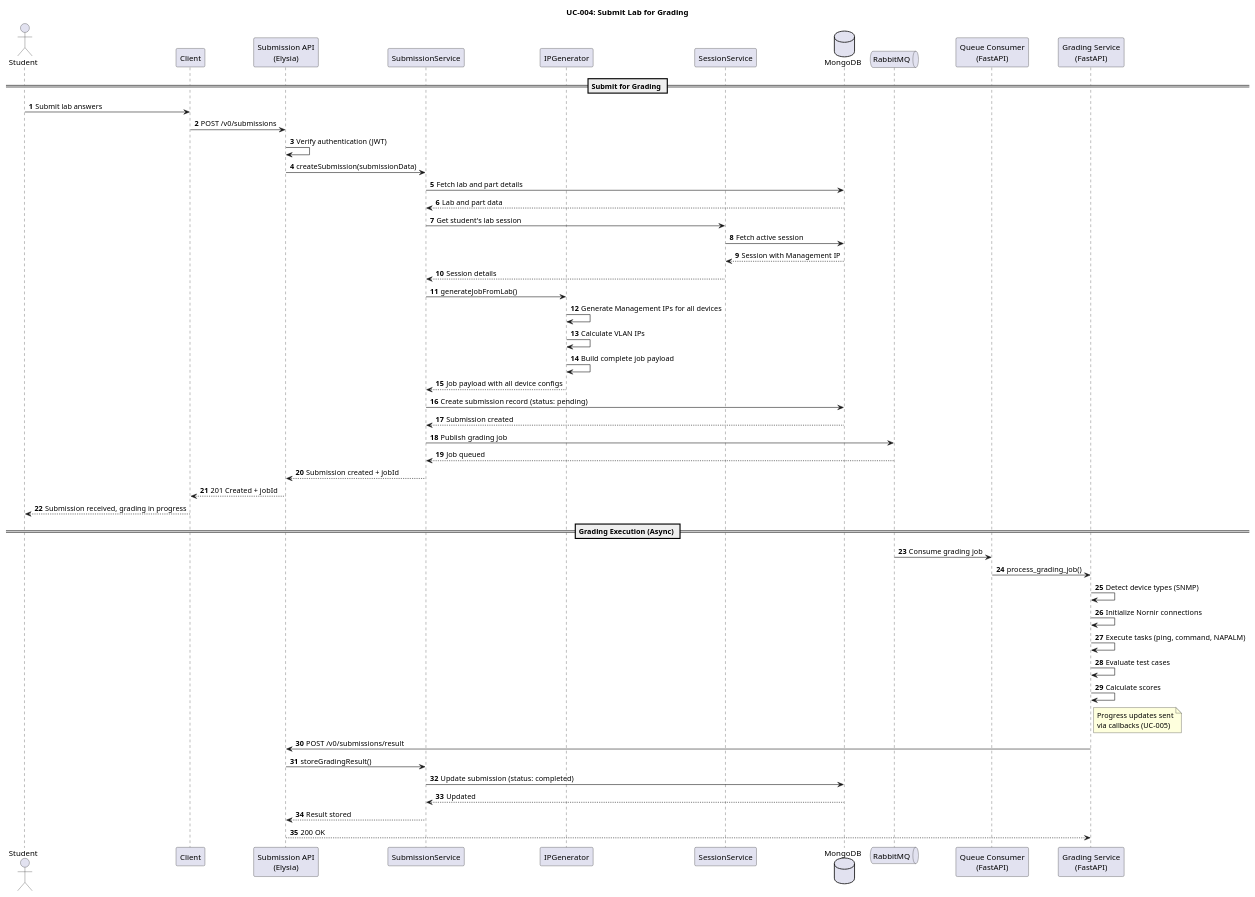
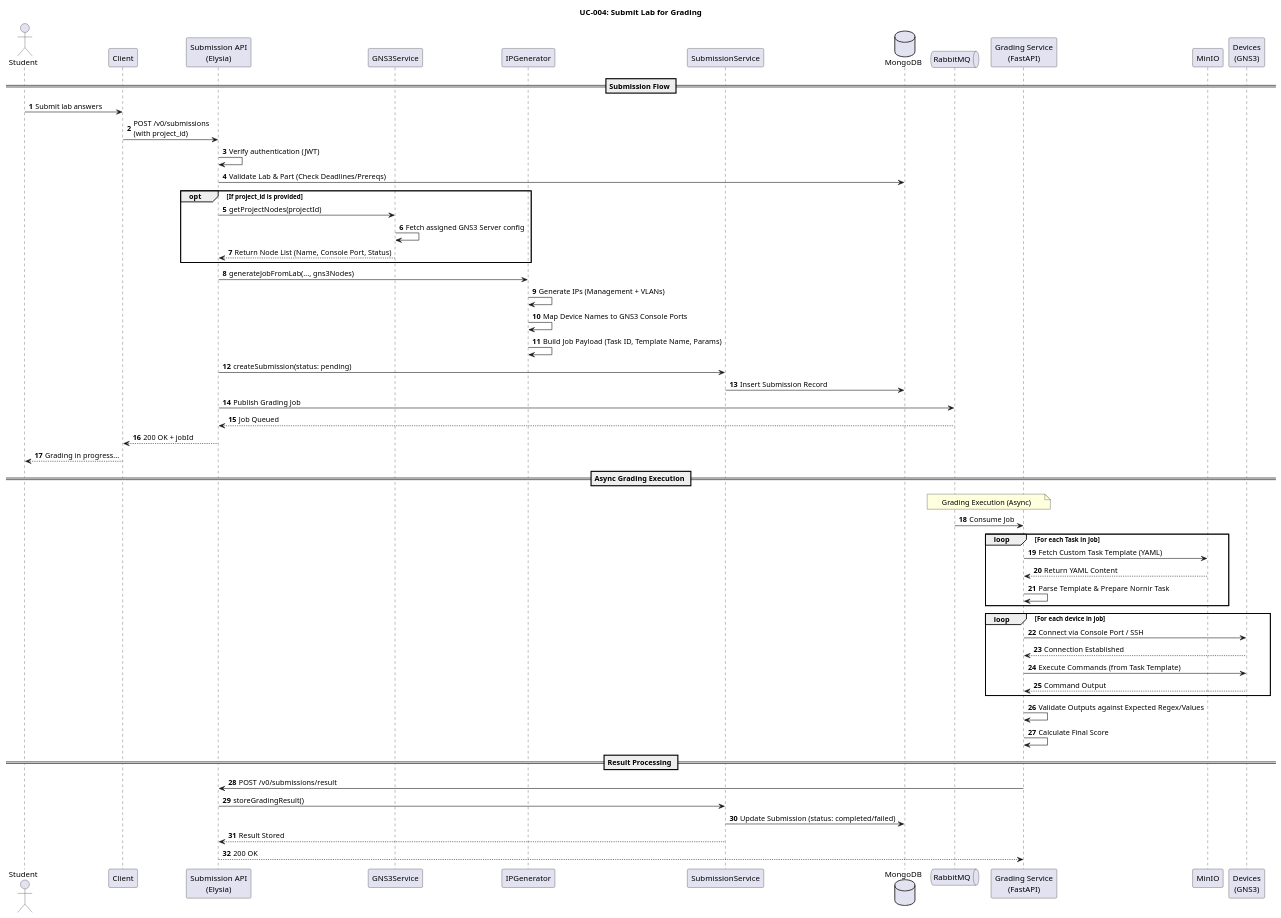
Before and after one commit to ITKMITL-NetworkGrader/netgrader-backend-elysia: the diagram in docs/sequence-diagrams/UC-004-Submit-Lab-Grading.puml, drawn with PlantUML. The commit also changed 2 other files, not shown here.

Commit message:
update sequence diagrams.

```diff
--- a/docs/sequence-diagrams/UC-004-Submit-Lab-Grading.puml
+++ b/docs/sequence-diagrams/UC-004-Submit-Lab-Grading.puml
@@ -1,70 +1,75 @@
 @startuml UC-004: Submit Lab for Grading
 
 title UC-004: Submit Lab for Grading
 autonumber
 
 actor Student
 participant "Client" as Client
 participant "Submission API\n(Elysia)" as API
+participant "GNS3Service" as GNS3Service
+participant "IPGenerator" as IPGenerator
 participant "SubmissionService" as SubmissionService
-participant "IPGenerator" as IPGenerator
-participant "SessionService" as SessionService
 database "MongoDB" as DB
-queue "RabbitMQ" as Queue
-participant "Queue Consumer\n(FastAPI)" as Consumer
+queue "RabbitMQ" as RMQ
 participant "Grading Service\n(FastAPI)" as Grader
+participant "MinIO" as MinIO
+participant "Devices\n(GNS3)" as Devices
 
-== Submit for Grading ==
+== Submission Flow ==
 Student -> Client: Submit lab answers
-Client -> API: POST /v0/submissions
+Client -> API: POST /v0/submissions\n(with project_id)
 
 API -> API: Verify authentication (JWT)
+API -> DB: Validate Lab & Part (Check Deadlines/Prereqs)
 
-API -> SubmissionService: createSubmission(submissionData)
+opt If project_id is provided
+    API -> GNS3Service: getProjectNodes(projectId)
+    GNS3Service -> GNS3Service: Fetch assigned GNS3 Server config
+    GNS3Service --> API: Return Node List (Name, Console Port, Status)
+end
 
-SubmissionService -> DB: Fetch lab and part details
-DB --> SubmissionService: Lab and part data
+API -> IPGenerator: generateJobFromLab(..., gns3Nodes)
 
-SubmissionService -> SessionService: Get student's lab session
-SessionService -> DB: Fetch active session
-DB --> SessionService: Session with Management IP
-SessionService --> SubmissionService: Session details
+IPGenerator -> IPGenerator: Generate IPs (Management + VLANs)
+IPGenerator -> IPGenerator: Map Device Names to GNS3 Console Ports
+IPGenerator -> IPGenerator: Build Job Payload (Task ID, Template Name, Params)
 
-SubmissionService -> IPGenerator: generateJobFromLab()
+API -> SubmissionService: createSubmission(status: pending)
+SubmissionService -> DB: Insert Submission Record
 
-IPGenerator -> IPGenerator: Generate Management IPs for all devices
-IPGenerator -> IPGenerator: Calculate VLAN IPs
-IPGenerator -> IPGenerator: Build complete job payload
+API -> RMQ: Publish Grading Job
+RMQ --> API: Job Queued
 
-IPGenerator --> SubmissionService: Job payload with all device configs
+API --> Client: 200 OK + jobId
+Client --> Student: Grading in progress...
 
-SubmissionService -> DB: Create submission record (status: pending)
-DB --> SubmissionService: Submission created
+== Async Grading Execution ==
+note over RMQ, Grader: Grading Execution (Async)
 
-SubmissionService -> Queue: Publish grading job
-Queue --> SubmissionService: Job queued
+RMQ -> Grader: Consume Job
 
-SubmissionService --> API: Submission created + jobId
-API --> Client: 201 Created + jobId
-Client --> Student: Submission received, grading in progress
+loop For each Task in Job
+    Grader -> MinIO: Fetch Custom Task Template (YAML)
+    MinIO --> Grader: Return YAML Content
+    Grader -> Grader: Parse Template & Prepare Nornir Task
+end
 
-== Grading Execution (Async) ==
-Queue -> Consumer: Consume grading job
-Consumer -> Grader: process_grading_job()
+loop For each device in job
+    Grader -> Devices: Connect via Console Port / SSH
+    Devices --> Grader: Connection Established
+    Grader -> Devices: Execute Commands (from Task Template)
+    Devices --> Grader: Command Output
+end
 
-Grader -> Grader: Detect device types (SNMP)
-Grader -> Grader: Initialize Nornir connections
-Grader -> Grader: Execute tasks (ping, command, NAPALM)
-Grader -> Grader: Evaluate test cases
-Grader -> Grader: Calculate scores
+Grader -> Grader: Validate Outputs against Expected Regex/Values
+Grader -> Grader: Calculate Final Score
 
-note right of Grader: Progress updates sent\nvia callbacks (UC-005)
-
+== Result Processing ==
 Grader -> API: POST /v0/submissions/result
 API -> SubmissionService: storeGradingResult()
-SubmissionService -> DB: Update submission (status: completed)
-DB --> SubmissionService: Updated
-SubmissionService --> API: Result stored
+SubmissionService -> DB: Update Submission (status: completed/failed)
+
+SubmissionService --> API: Result Stored
 API --> Grader: 200 OK
 
 @enduml
```
